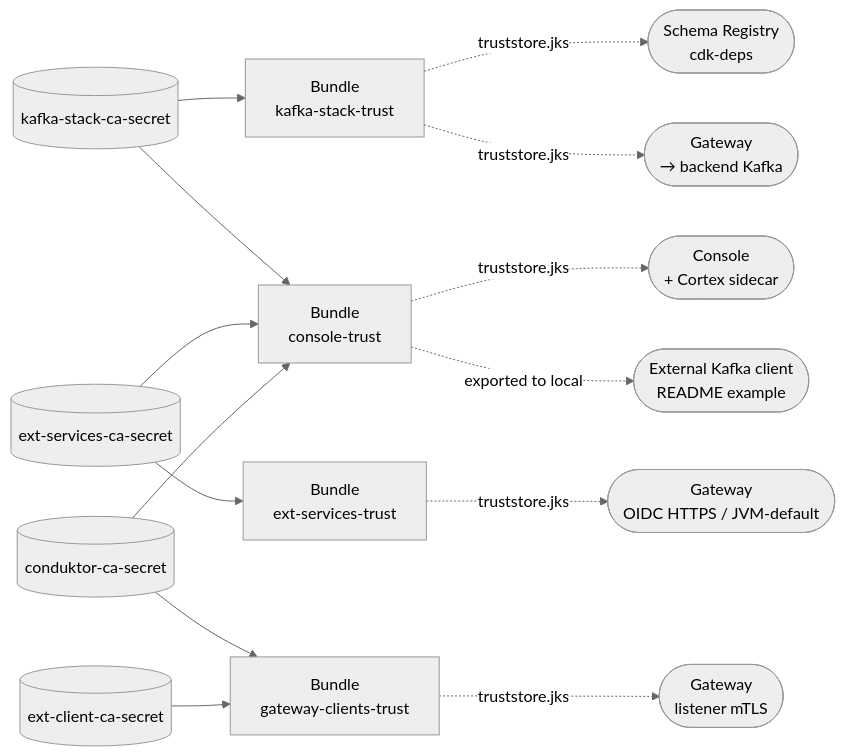
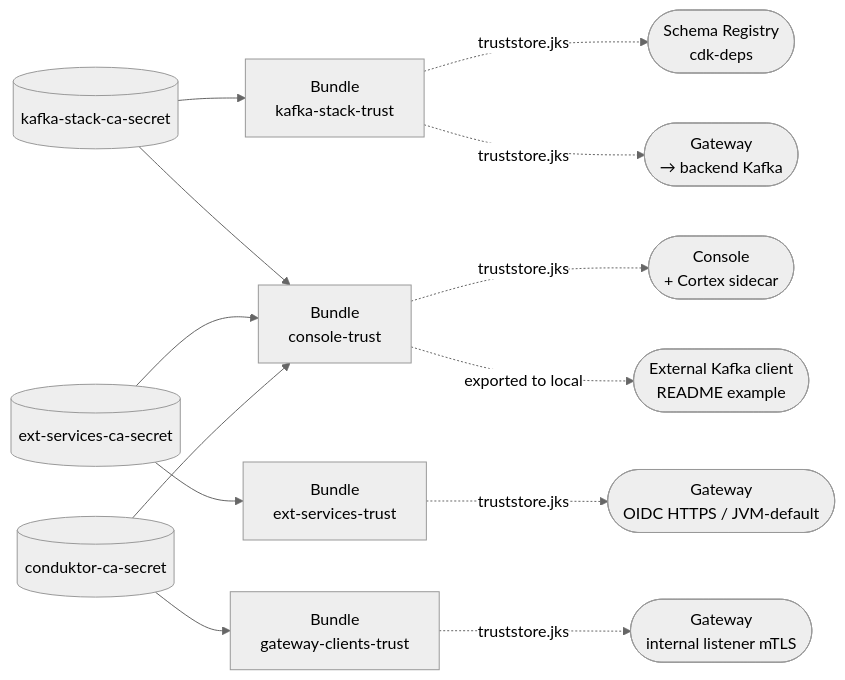
The second of 2 diagrams in local-stack/CERTIFICATES.md (conduktor/conduktor-reference-architecture), drawn with Mermaid (neutral theme) before and after one commit. The commit also changed other lines of this file and 18 other files, not shown here.

Commit message:
make internal gateway listener use mtls and external use sasl oauth

````diff
--- a/local-stack/CERTIFICATES.md
+++ b/local-stack/CERTIFICATES.md
@@ -87,27 +92,25 @@
 ```mermaid
 flowchart LR
     KCAS[(kafka-stack-ca-secret)]
     ECAS[(ext-services-ca-secret)]
     CCAS[(conduktor-ca-secret)]
-    XCAS[(ext-client-ca-secret)]
 
     KST[Bundle<br/>kafka-stack-trust]
     GCT[Bundle<br/>gateway-clients-trust]
     EST[Bundle<br/>ext-services-trust]
     CT[Bundle<br/>console-trust]
 
     KCAS --> KST
     KCAS --> CT
     ECAS --> EST
     ECAS --> CT
     CCAS --> GCT
     CCAS --> CT
-    XCAS --> GCT
 
     KST -.->|truststore.jks| SR([Schema Registry<br/>cdk-deps])
     KST -.->|truststore.jks| GWK([Gateway<br/>→ backend Kafka])
-    GCT -.->|truststore.jks| GWL([Gateway<br/>listener mTLS])
+    GCT -.->|truststore.jks| GWL([Gateway<br/>internal listener mTLS])
     EST -.->|truststore.jks| GWH([Gateway<br/>OIDC HTTPS / JVM-default])
     CT -.->|truststore.jks| CON([Console<br/>+ Cortex sidecar])
     CT -.->|exported to local| CLI([External Kafka client<br/>README example])
 ```
````
